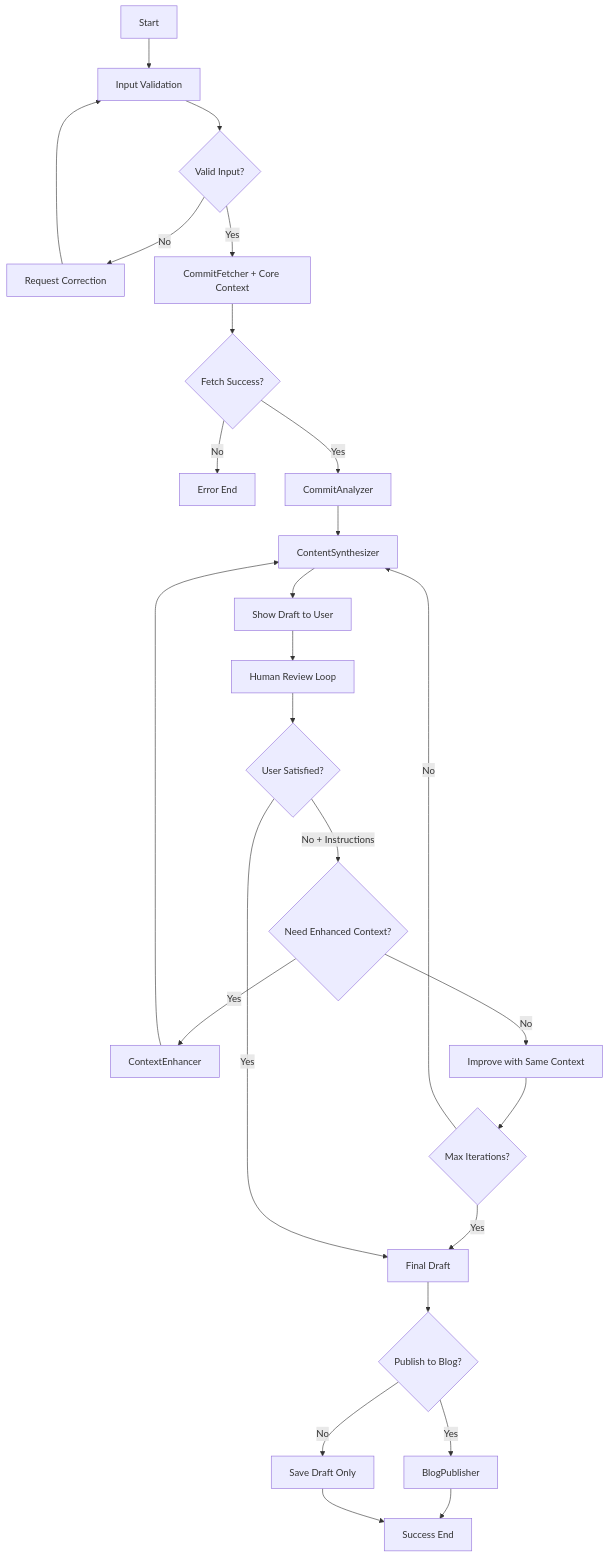
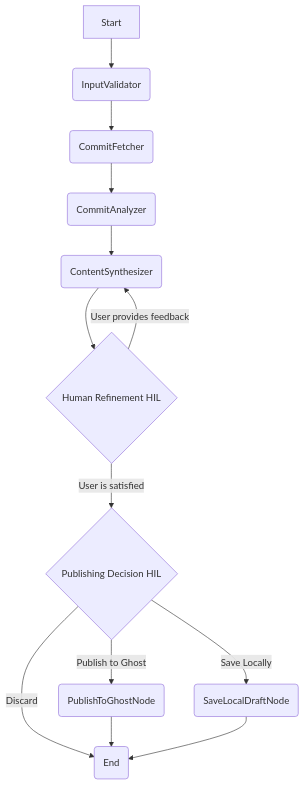
The diagram in LangGraph_Architecture.md (domini04/bluestar), drawn with Mermaid before and after one commit. The commit also changed other lines of this file and 10 other files, not shown here.

Commit message:
Implemented HIL Refinement node and Publishing Decision Node.

````diff
--- a/LangGraph_Architecture.md
+++ b/LangGraph_Architecture.md
@@ -22,28 +22,15 @@
 ```mermaid
 graph TD
-    A[Start] --> B[Input Validation]
-    B --> C{Valid Input?}
-    C -->|No| D[Request Correction]
-    D --> B
-    C -->|Yes| E[CommitFetcher + Core Context]
-    E --> F{Fetch Success?}
-    F -->|No| G[Error End]
-    F -->|Yes| H[CommitAnalyzer]
-    H --> I[ContentSynthesizer]
-    I --> J[Show Draft to User]
-    J --> K[Human Review Loop]
-    K --> L{User Satisfied?}
-    L -->|No + Instructions| M{Need Enhanced Context?}
-    M -->|Yes| N[ContextEnhancer]
-    N --> I
-    M -->|No| O[Improve with Same Context]
-    O --> P{Max Iterations?}
-    P -->|No| I
-    P -->|Yes| Q[Final Draft]
-    L -->|Yes| Q
-    Q --> R{Publish to Blog?}
-    R -->|Yes| S[BlogPublisher]
-    R -->|No| T[Save Draft Only]
-    S --> U[Success End]
-    T --> U
+    A[Start] --> B(InputValidator);
+    B --> C(CommitFetcher);
+    C --> D(CommitAnalyzer);
+    D --> E(ContentSynthesizer);
+    E --> F{Human Refinement HIL};
+    F -- "User provides feedback" --> E;
+    F -- "User is satisfied" --> G{Publishing Decision HIL};
+    G -- "Publish to Ghost" --> H(PublishToGhostNode);
+    G -- "Save Locally" --> I(SaveLocalDraftNode);
+    G -- "Discard" --> Z(End);
+    H --> Z;
+    I --> Z;
 ```
````
